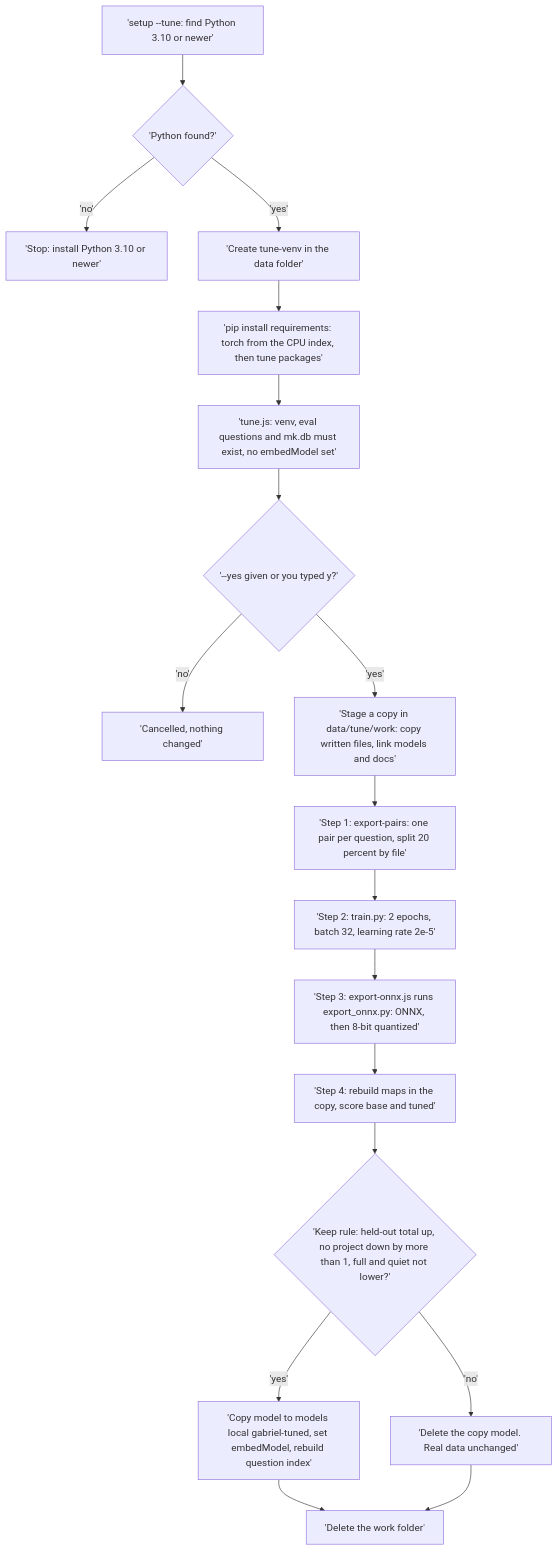
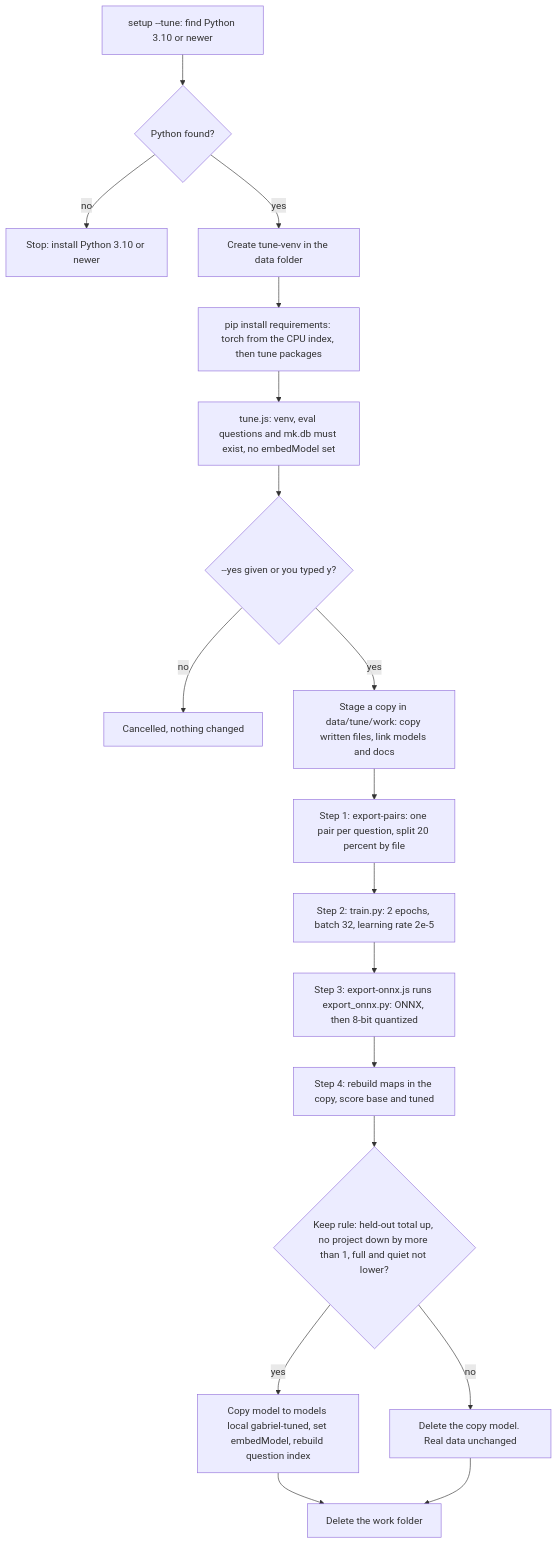
One commit to ThanhNVan/gabriel-plugin changed the seventh of 10 diagrams in docs/WORKFLOWS.md. Above: the diagram before and after it, drawn with Mermaid. The commit also changed other lines of this file and 20 other files, not shown here.

````diff
--- a/docs/WORKFLOWS.md
+++ b/docs/WORKFLOWS.md
@@ -204,20 +204,20 @@
 ```mermaid
 flowchart TD
-  A['setup --tune: find Python 3.10 or newer'] --> D1{'Python found?'}
-  D1 -- 'no' --> X1['Stop: install Python 3.10 or newer']
-  D1 -- 'yes' --> V['Create tune-venv in the data folder']
-  V --> PK['pip install requirements: torch from the CPU index, then tune packages']
-  PK --> T['tune.js: venv, eval questions and mk.db must exist, no embedModel set']
-  T --> D2{'--yes given or you typed y?'}
-  D2 -- 'no' --> X2['Cancelled, nothing changed']
-  D2 -- 'yes' --> ST['Stage a copy in data/tune/work: copy written files, link models and docs']
-  ST --> P1['Step 1: export-pairs: one pair per question, split 20 percent by file']
-  P1 --> P2['Step 2: train.py: 2 epochs, batch 32, learning rate 2e-5']
-  P2 --> P3['Step 3: export-onnx.js runs export_onnx.py: ONNX, then 8-bit quantized']
-  P3 --> P4['Step 4: rebuild maps in the copy, score base and tuned']
-  P4 --> D3{'Keep rule: held-out total up, no project down by more than 1, full and quiet not lower?'}
-  D3 -- 'yes' --> KP['Copy model to models local gabriel-tuned, set embedModel, rebuild question index']
-  D3 -- 'no' --> RB['Delete the copy model. Real data unchanged']
-  KP --> CL['Delete the work folder']
+  A["setup --tune: find Python 3.10 or newer"] --> D1{"Python found?"}
+  D1 -- "no" --> X1["Stop: install Python 3.10 or newer"]
+  D1 -- "yes" --> V["Create tune-venv in the data folder"]
+  V --> PK["pip install requirements: torch from the CPU index, then tune packages"]
+  PK --> T["tune.js: venv, eval questions and mk.db must exist, no embedModel set"]
+  T --> D2{"--yes given or you typed y?"}
+  D2 -- "no" --> X2["Cancelled, nothing changed"]
+  D2 -- "yes" --> ST["Stage a copy in data/tune/work: copy written files, link models and docs"]
+  ST --> P1["Step 1: export-pairs: one pair per question, split 20 percent by file"]
+  P1 --> P2["Step 2: train.py: 2 epochs, batch 32, learning rate 2e-5"]
+  P2 --> P3["Step 3: export-onnx.js runs export_onnx.py: ONNX, then 8-bit quantized"]
+  P3 --> P4["Step 4: rebuild maps in the copy, score base and tuned"]
+  P4 --> D3{"Keep rule: held-out total up, no project down by more than 1, full and quiet not lower?"}
+  D3 -- "yes" --> KP["Copy model to models local gabriel-tuned, set embedModel, rebuild question index"]
+  D3 -- "no" --> RB["Delete the copy model. Real data unchanged"]
+  KP --> CL["Delete the work folder"]
   RB --> CL
 ```
````
